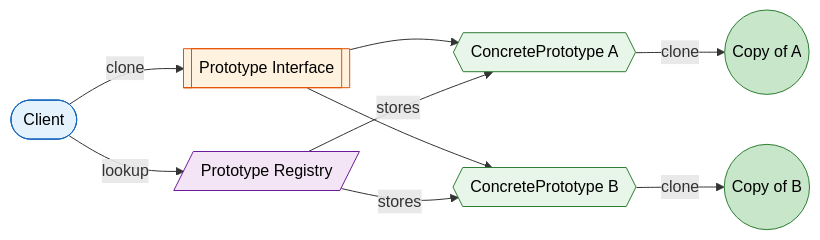
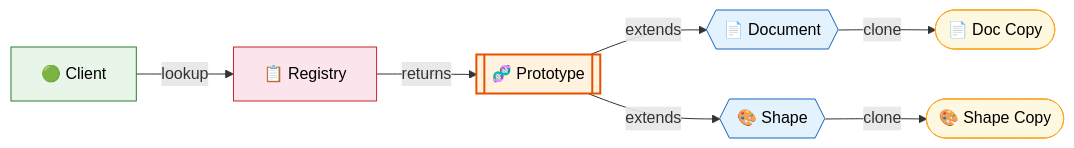
The second of 3 diagrams in docs/designpatterns/creationalDesignPatterns/PrototypeDesignPattern.md (saivamsikaruturi/vamsilabs-dev-notes-main), drawn with Mermaid before and after one commit. The commit also changed other lines of this file and 42 other files, not shown here.

````diff
--- a/docs/designpatterns/creationalDesignPatterns/PrototypeDesignPattern.md
+++ b/docs/designpatterns/creationalDesignPatterns/PrototypeDesignPattern.md
@@ -28,20 +26,17 @@
 ```mermaid
 flowchart LR
-    A(["Client"]) -->|clone| B[["Prototype Interface"]]
-    B --> C{{"ConcretePrototype A"}}
-    B --> D{{"ConcretePrototype B"}}
-    C -->|clone| E(("Copy of A"))
-    D -->|clone| F(("Copy of B"))
-    
-    G[/"Prototype Registry"/] -->|stores| C
-    G -->|stores| D
-    A -->|lookup| G
+    A["🟢 Client"] -->|"lookup"| G["📋 Registry"]
+    G -->|"returns"| B[["🧬 Prototype"]]
+    B -->|"extends"| C{{"📄 Document"}}
+    B -->|"extends"| D{{"🎨 Shape"}}
+    C -->|"clone"| E(["📄 Doc Copy"])
+    D -->|"clone"| F(["🎨 Shape Copy"])
 
-    style A fill:#E3F2FD,stroke:#1565C0,color:#000
-    style B fill:#FFF3E0,stroke:#E65100,color:#000
-    style C fill:#E8F5E9,stroke:#2E7D32,color:#000
-    style D fill:#E8F5E9,stroke:#2E7D32,color:#000
-    style E fill:#C8E6C9,stroke:#2E7D32,color:#000
-    style F fill:#C8E6C9,stroke:#2E7D32,color:#000
-    style G fill:#F3E5F5,stroke:#6A1B9A,color:#000
+    style A fill:#E8F5E9,stroke:#2E7D32,color:#000
+    style G fill:#FCE4EC,stroke:#C62828,color:#000
+    style B fill:#FFF3E0,stroke:#E65100,stroke-width:2px,color:#000
+    style C fill:#E3F2FD,stroke:#1565C0,color:#000
+    style D fill:#E3F2FD,stroke:#1565C0,color:#000
+    style E fill:#FFF8E1,stroke:#F9A825,color:#000
+    style F fill:#FFF8E1,stroke:#F9A825,color:#000
 ```
````
